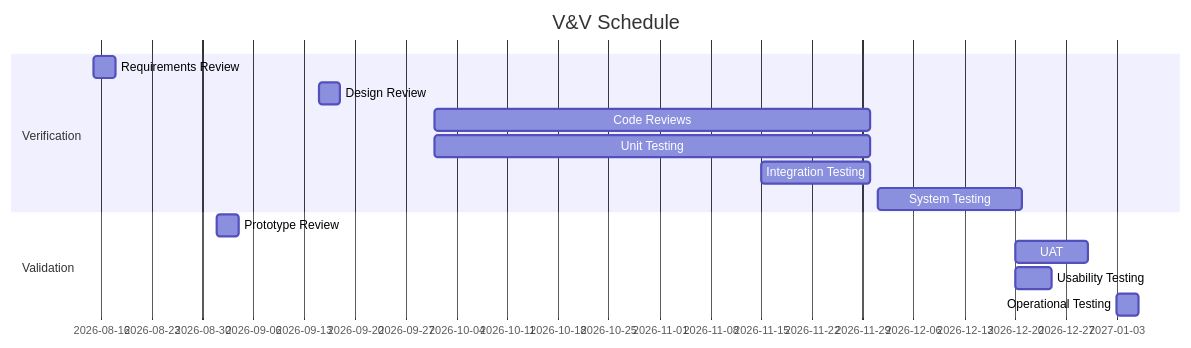
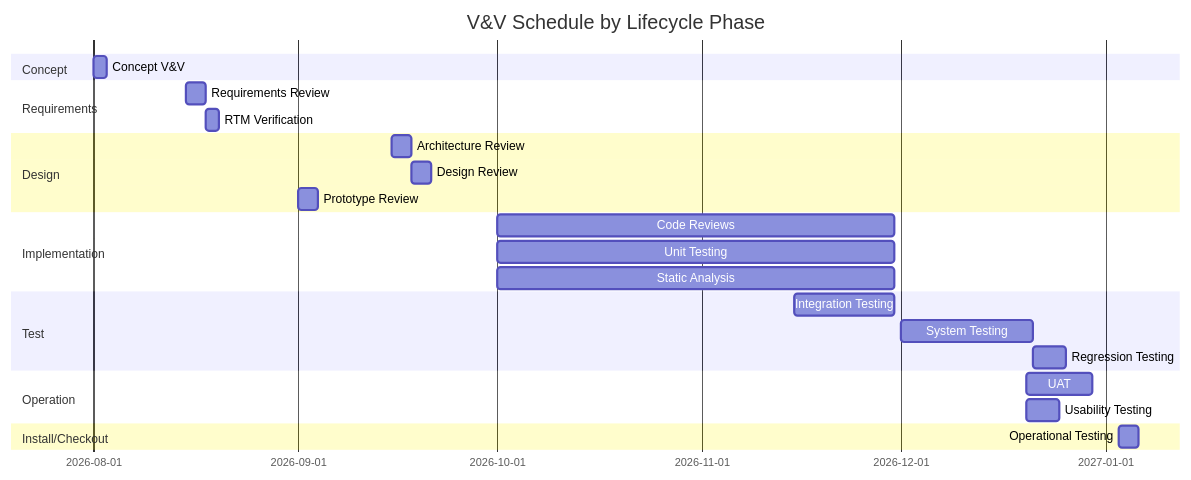
One commit to oat431/swe-knowledge changed the second of 2 diagrams in document-template/18_Quality_Assurance/VandV-Plan.md. Above: the diagram before and after it, drawn with Mermaid. The commit also changed other lines of this file and 21 other files, not shown here.

````diff
--- a/document-template/18_Quality_Assurance/VandV-Plan.md
+++ b/document-template/18_Quality_Assurance/VandV-Plan.md
@@ -71,17 +206,27 @@
 ```mermaid
 gantt
-    title V&V Schedule
+    title V&V Schedule by Lifecycle Phase
     dateFormat YYYY-MM-DD
-    section Verification
-    Requirements Review  :a1, 2026-08-15, 3d
-    Design Review        :a2, 2026-09-15, 3d
-    Code Reviews         :a3, 2026-10-01, 60d
-    Unit Testing         :b1, 2026-10-01, 60d
-    Integration Testing  :b2, 2026-11-15, 15d
-    System Testing       :b3, 2026-12-01, 20d
-    section Validation
-    Prototype Review     :c1, 2026-09-01, 3d
-    UAT                  :c2, 2026-12-20, 10d
-    Usability Testing    :c3, 2026-12-20, 5d
-    Operational Testing  :c4, 2027-01-03, 3d
+    section Concept
+    Concept V&V           :a0, 2026-08-01, 2d
+    section Requirements
+    Requirements Review   :a1, 2026-08-15, 3d
+    RTM Verification      :a1b, after a1, 2d
+    section Design
+    Architecture Review   :a2, 2026-09-15, 3d
+    Design Review         :a2b, after a2, 3d
+    Prototype Review      :c1, 2026-09-01, 3d
+    section Implementation
+    Code Reviews          :a3, 2026-10-01, 60d
+    Unit Testing          :b1, 2026-10-01, 60d
+    Static Analysis       :b1b, 2026-10-01, 60d
+    section Test
+    Integration Testing   :b2, 2026-11-15, 15d
+    System Testing        :b3, 2026-12-01, 20d
+    Regression Testing    :b3b, after b3, 5d
+    section Operation
+    UAT                   :c2, 2026-12-20, 10d
+    Usability Testing     :c3, 2026-12-20, 5d
+    section Install/Checkout
+    Operational Testing   :c4, 2027-01-03, 3d
 ```
````
